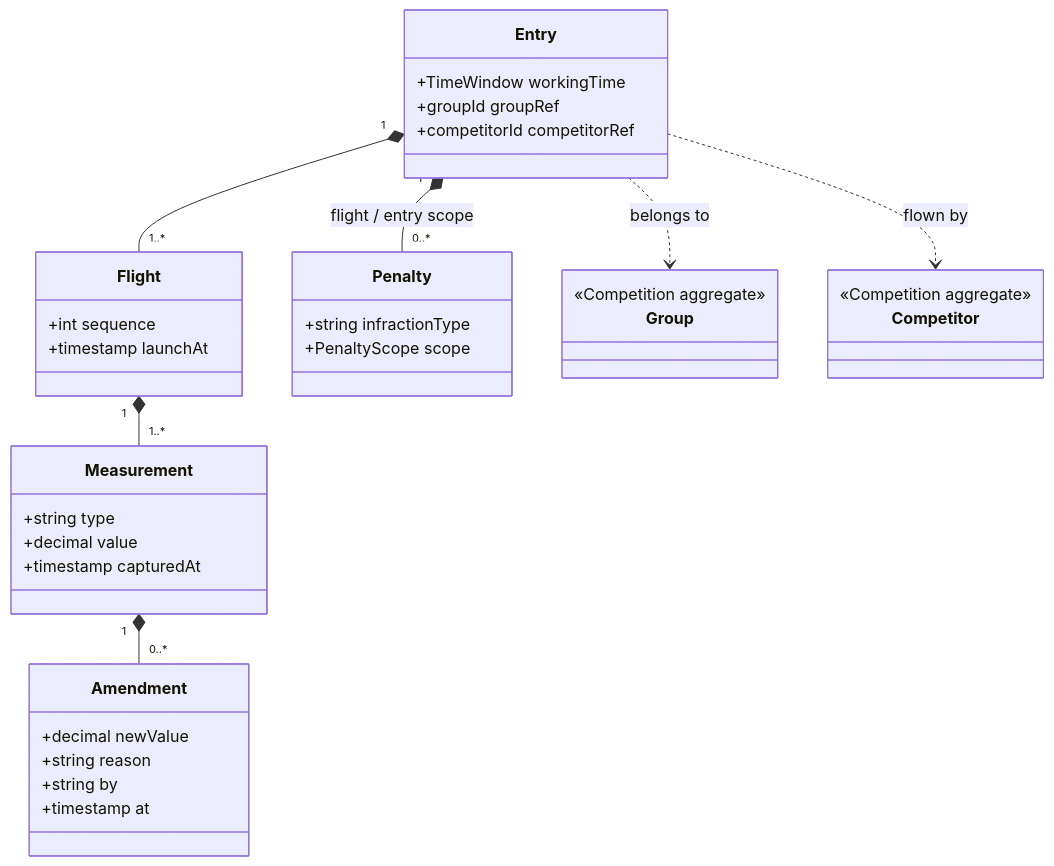
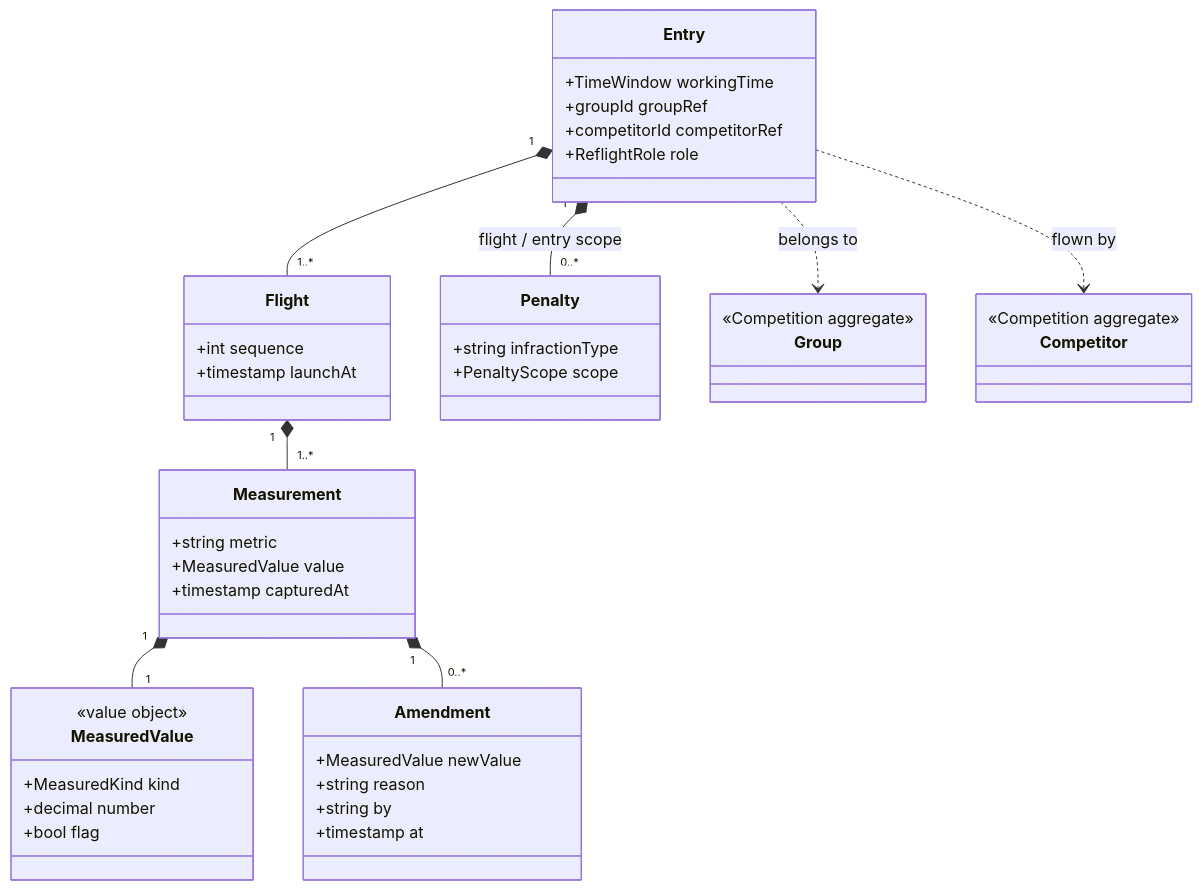
Before and after one commit to petegee/Soarscore2: the fourth of 5 diagrams in docs/aggregate-roots.md, drawn with Mermaid. The commit also changed other lines of this file and 3 other files, not shown here.

````diff
--- a/docs/aggregate-roots.md
+++ b/docs/aggregate-roots.md
@@ -239,47 +340,55 @@
 ```mermaid
 classDiagram
     direction TB
     class Entry {
         +TimeWindow workingTime
         +groupId groupRef
         +competitorId competitorRef
+        +ReflightRole role
     }
     class Flight {
         +int sequence
         +timestamp launchAt
     }
     class Measurement {
-        +string type
-        +decimal value
+        +string metric
+        +MeasuredValue value
         +timestamp capturedAt
     }
+    class MeasuredValue {
+        <<value object>>
+        +MeasuredKind kind
+        +decimal number
+        +bool flag
+    }
     class Amendment {
-        +decimal newValue
+        +MeasuredValue newValue
         +string reason
         +string by
         +timestamp at
     }
     class Penalty {
         +string infractionType
         +PenaltyScope scope
     }
     class Group {
         <<Competition aggregate>>
     }
     class Competitor {
         <<Competition aggregate>>
     }
 
     Entry "1" *-- "1..*" Flight
     Flight "1" *-- "1..*" Measurement
+    Measurement "1" *-- "1" MeasuredValue
     Measurement "1" *-- "0..*" Amendment
     Entry "1" *-- "0..*" Penalty : flight / entry scope
 
     Entry ..> Group : belongs to
     Entry ..> Competitor : flown by
 
     classDef root fill:#FFE873,stroke:#E5B700,stroke-width:2px,color:#1A1A1A
     classDef external fill:#EEEEEE,stroke:#BDBDBD,stroke-width:1px,color:#555
     cssClass "Entry" root
     cssClass "Group,Competitor" external
 ```
````
